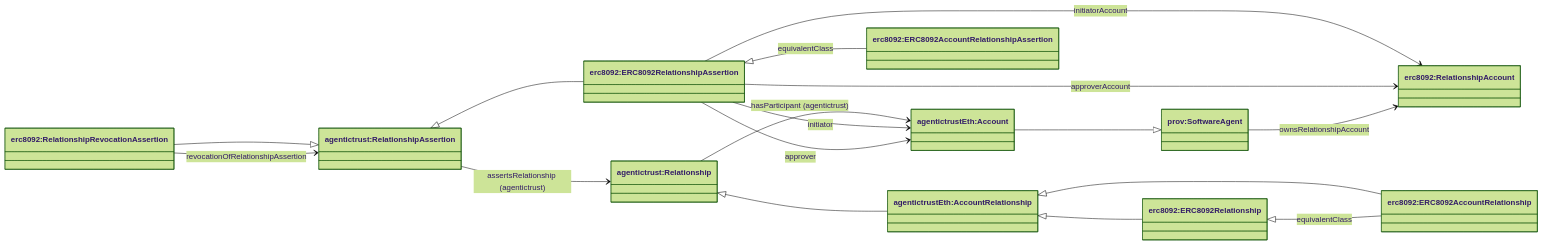
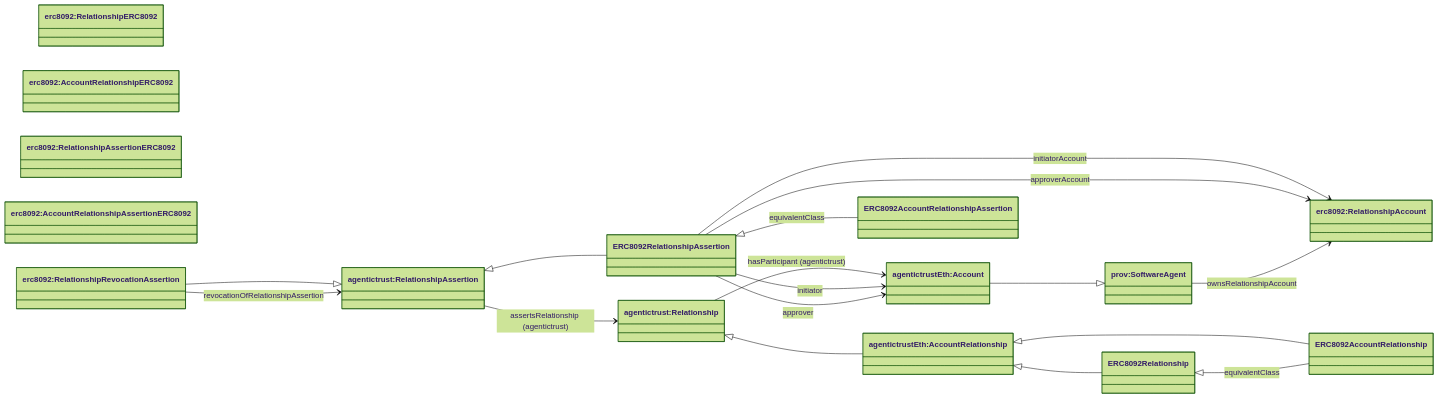
One commit to Agentic-Trust-Layer/agent-explorer changed the diagram in docs/ontology/erc8092.md. Above: the diagram before and after it, drawn with Mermaid (forest theme). The commit also changed other lines of this file and 21 other files, not shown here.

````diff
--- a/docs/ontology/erc8092.md
+++ b/docs/ontology/erc8092.md
@@ -33,35 +33,35 @@
 ```mermaid
 classDiagram
 direction LR
 
 class Relationship["agentictrust:Relationship"]
 class AccountRelationship["agentictrustEth:AccountRelationship"]
 class RelationshipAssertion["agentictrust:RelationshipAssertion"]
-class ERC8092Relationship["erc8092:ERC8092Relationship"]
-class ERC8092AccountRelationship["erc8092:ERC8092AccountRelationship"]
-class ERC8092RelationshipAssertion["erc8092:ERC8092RelationshipAssertion"]
-class ERC8092AccountRelationshipAssertion["erc8092:ERC8092AccountRelationshipAssertion"]
+class RelationshipERC8092["erc8092:RelationshipERC8092"]
+class AccountRelationshipERC8092["erc8092:AccountRelationshipERC8092"]
+class RelationshipAssertionERC8092["erc8092:RelationshipAssertionERC8092"]
+class AccountRelationshipAssertionERC8092["erc8092:AccountRelationshipAssertionERC8092"]
 class RelationshipAccount["erc8092:RelationshipAccount"]
 class RelationshipRevocationAssertion["erc8092:RelationshipRevocationAssertion"]
 class Account["agentictrustEth:Account"]
 class provSoftwareAgent["prov:SoftwareAgent"]
 
 Relationship <|-- AccountRelationship
 AccountRelationship <|-- ERC8092Relationship
 AccountRelationship <|-- ERC8092AccountRelationship
 ERC8092Relationship <|-- ERC8092AccountRelationship : equivalentClass
 ERC8092RelationshipAssertion <|-- ERC8092AccountRelationshipAssertion : equivalentClass
 RelationshipAssertion <|-- ERC8092RelationshipAssertion
 RelationshipRevocationAssertion --|> RelationshipAssertion
 Account --|> provSoftwareAgent
 
 RelationshipAssertion --> Relationship : assertsRelationship (agentictrust)
 Relationship --> Account : hasParticipant (agentictrust)
 
 ERC8092RelationshipAssertion --> Account : initiator
 ERC8092RelationshipAssertion --> Account : approver
 ERC8092RelationshipAssertion --> RelationshipAccount : initiatorAccount
 ERC8092RelationshipAssertion --> RelationshipAccount : approverAccount
 provSoftwareAgent --> RelationshipAccount : ownsRelationshipAccount
 RelationshipRevocationAssertion --> RelationshipAssertion : revocationOfRelationshipAssertion
 ```
````
